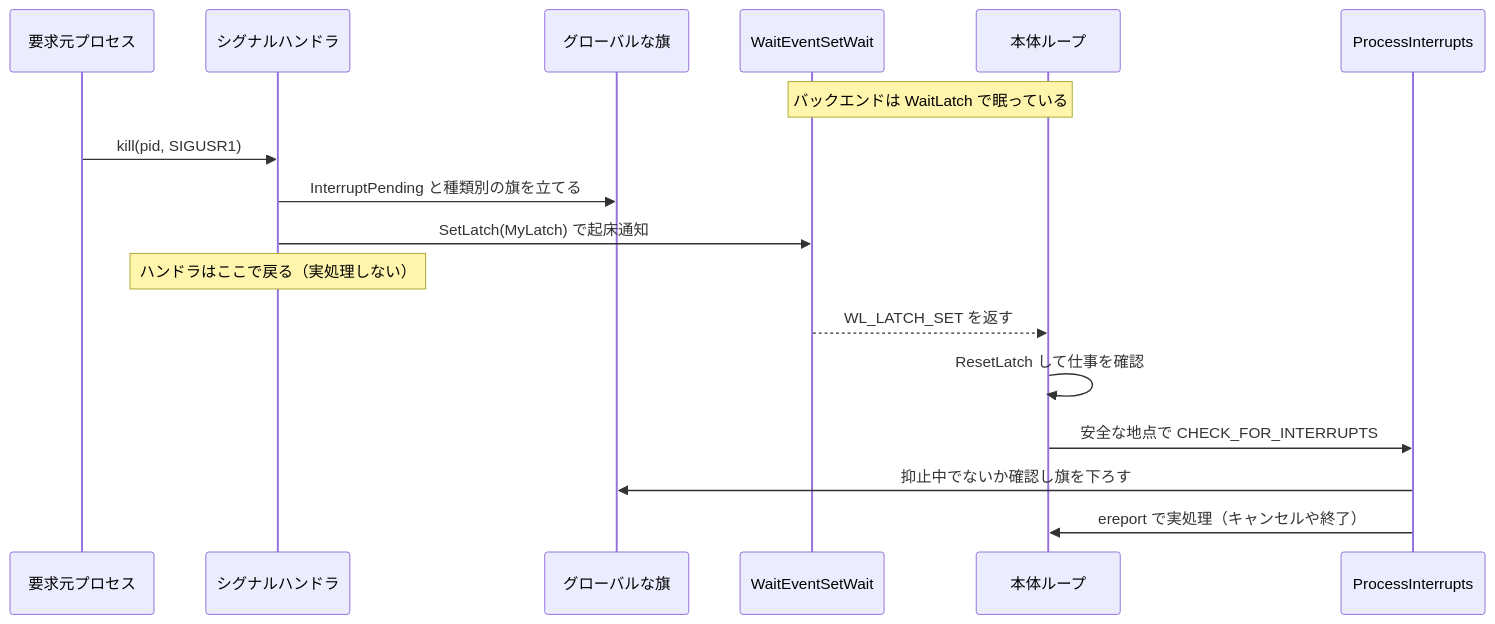
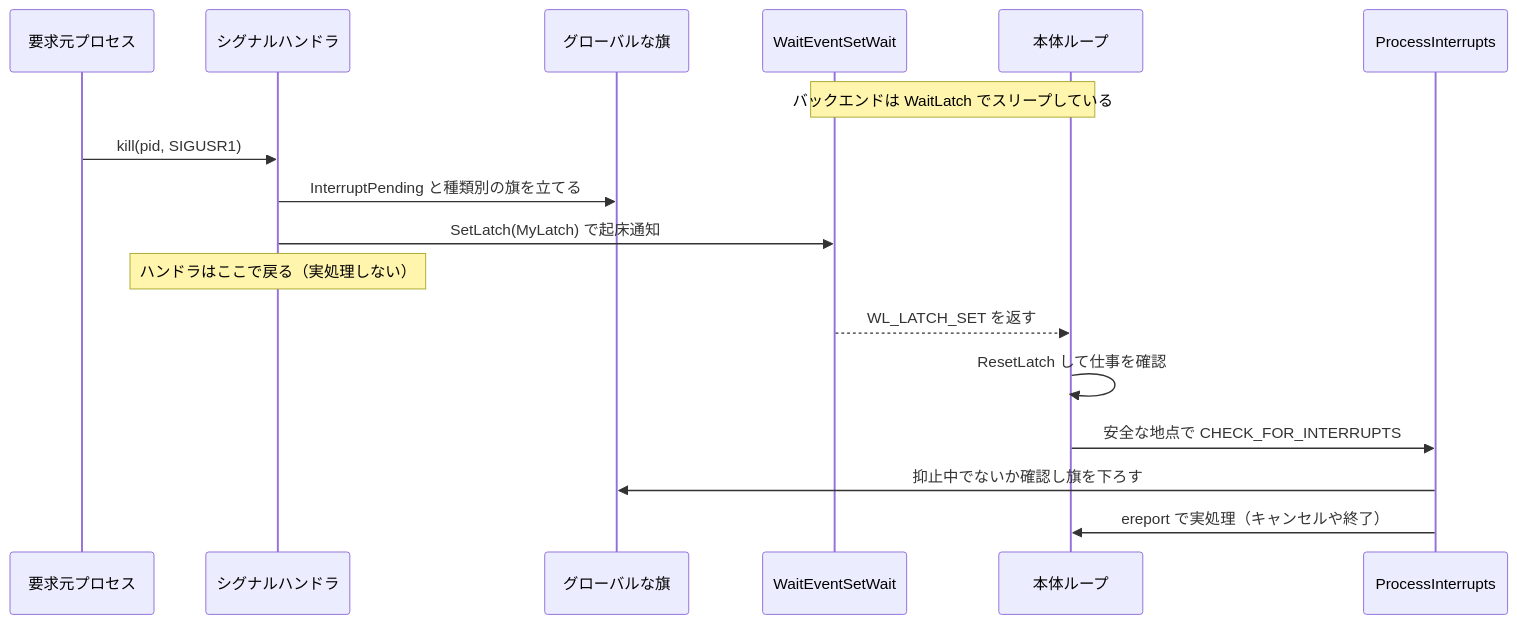
Before and after one commit to miyamadoKL/source-code-reading: the diagram in postgresql/part01-process-memory/07-latches-and-signals.md, drawn with Mermaid. The commit also changed other lines of this file and 2 other files, not shown here.

````diff
--- a/postgresql/part01-process-memory/07-latches-and-signals.md
+++ b/postgresql/part01-process-memory/07-latches-and-signals.md
@@ -693,20 +693,20 @@
 ```mermaid
 sequenceDiagram
     participant Sender as 要求元プロセス
     participant Sig as シグナルハンドラ
     participant Flags as グローバルな旗
     participant Wait as WaitEventSetWait
     participant Body as 本体ループ
     participant Proc as ProcessInterrupts
 
-    Note over Body,Wait: バックエンドは WaitLatch で眠っている
+    Note over Body,Wait: バックエンドは WaitLatch でスリープしている
     Sender->>Sig: kill(pid, SIGUSR1)
     Sig->>Flags: InterruptPending と種類別の旗を立てる
     Sig->>Wait: SetLatch(MyLatch) で起床通知
     Note over Sig: ハンドラはここで戻る（実処理しない）
     Wait-->>Body: WL_LATCH_SET を返す
     Body->>Body: ResetLatch して仕事を確認
     Body->>Proc: 安全な地点で CHECK_FOR_INTERRUPTS
     Proc->>Flags: 抑止中でないか確認し旗を下ろす
     Proc->>Body: ereport で実処理（キャンセルや終了）
 ```
````
